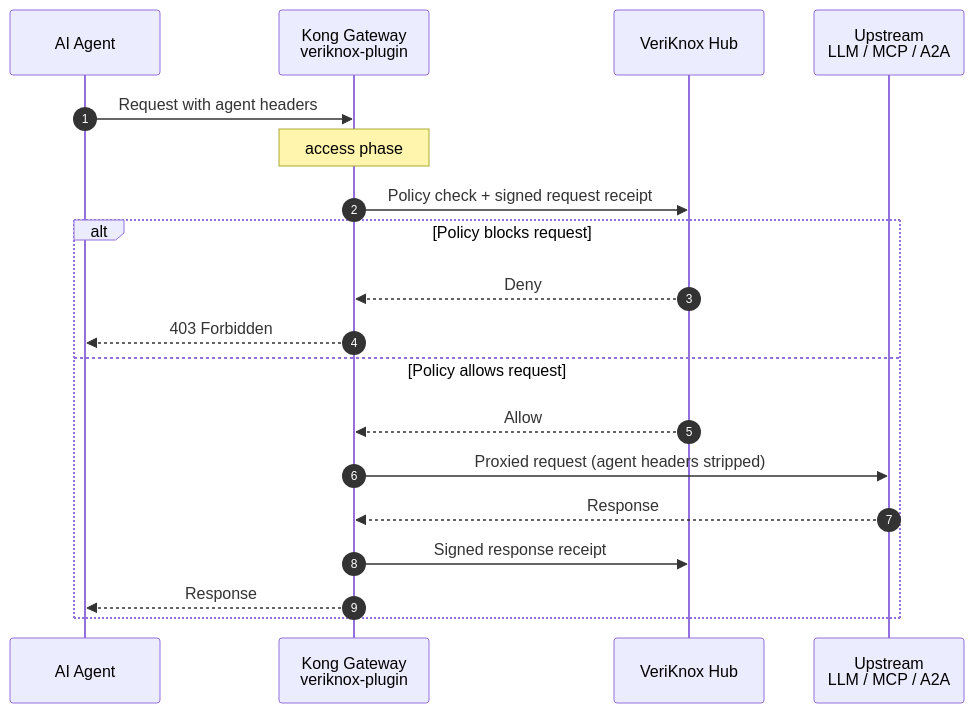
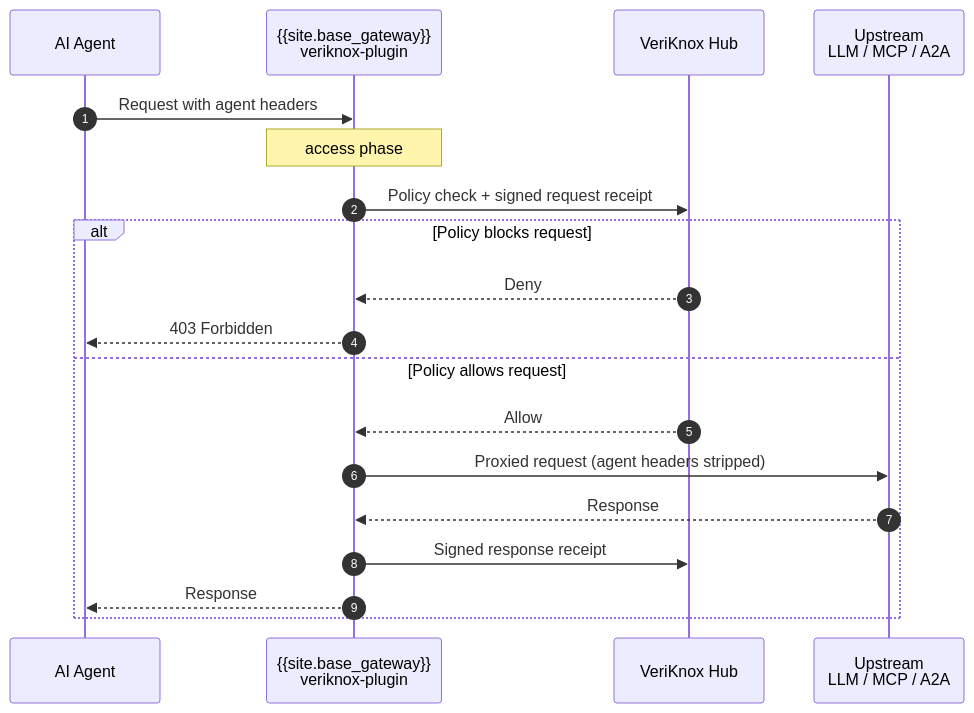
Before and after one commit to Kong/developer.konghq.com: the diagram in app/_kong_plugins/veriknox/index.md, drawn with Mermaid. The commit also changed other lines of this file and 1 other file, not shown here.

```diff
--- a/app/_kong_plugins/veriknox/index.md
+++ b/app/_kong_plugins/veriknox/index.md
@@ -71,22 +71,22 @@
 {% mermaid %}
 sequenceDiagram
     autonumber
     participant A as AI Agent
-    participant K as Kong Gateway<br/>veriknox-plugin
+    participant K as {{site.base_gateway}}<br/>veriknox-plugin
     participant H as VeriKnox Hub
     participant U as Upstream<br/>LLM / MCP / A2A
 
     A->>K: Request with agent headers
     Note over K: access phase
     K->>H: Policy check + signed request receipt
     alt Policy blocks request
         H-->>K: Deny
         K-->>A: 403 Forbidden
     else Policy allows request
         H-->>K: Allow
         K->>U: Proxied request (agent headers stripped)
         U-->>K: Response
         K->>H: Signed response receipt
         K-->>A: Response
     end
 {% endmermaid %}
```
